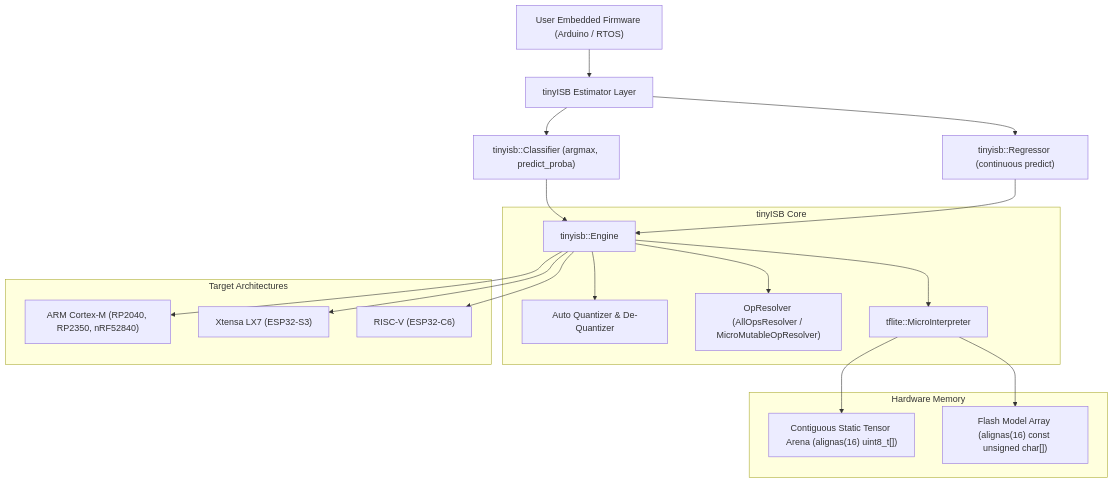
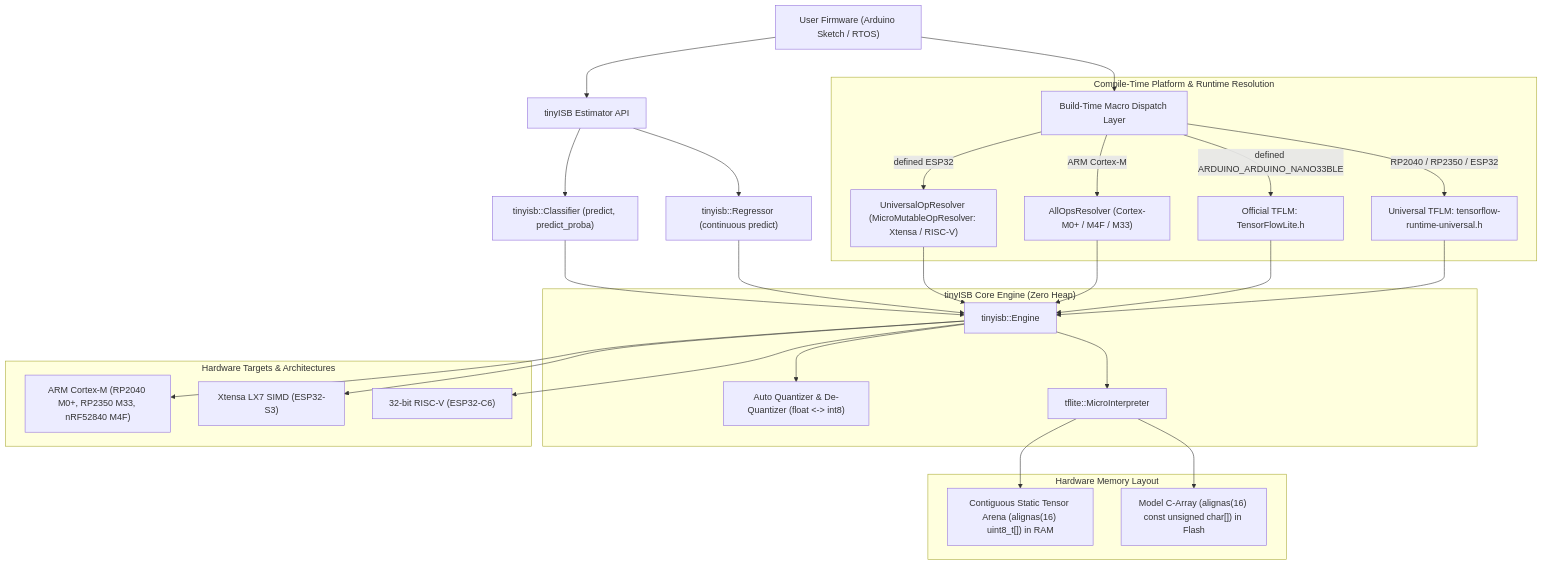
Before and after one commit to MSMRo/tinyISB: the first of 6 diagrams in README.md, drawn with Mermaid. The commit also changed other lines of this file, not shown here.

Commit message:
docs: add compiler macro dispatch guide, target specification matrix, and updated Mermaid diagrams

````diff
--- a/README.md
+++ b/README.md
@@ -47,28 +47,37 @@
 ```mermaid
-graph TD
-    App["User Embedded Firmware (Arduino / RTOS)"] --> Estimator["tinyISB Estimator Layer"]
-    Estimator --> Classifier["tinyisb::Classifier (argmax, predict_proba)"]
+flowchart TD
+    Firmware["User Firmware (Arduino Sketch / RTOS)"] --> Preprocessor["Build-Time Macro Dispatch Layer"]
+
+    subgraph DISPATCH["Compile-Time Platform & Runtime Resolution"]
+        Preprocessor -->|defined ARDUINO_ARDUINO_NANO33BLE| TFLM_Official["Official TFLM: TensorFlowLite.h"]
+        Preprocessor -->|RP2040 / RP2350 / ESP32| TFLM_Universal["Universal TFLM: tensorflow-runtime-universal.h"]
+        Preprocessor -->|defined ESP32| ESP_Resolver["UniversalOpResolver (MicroMutableOpResolver: Xtensa / RISC-V)"]
+        Preprocessor -->|ARM Cortex-M| ARM_Resolver["AllOpsResolver (Cortex-M0+ / M4F / M33)"]
+    end
+
+    Firmware --> Estimator["tinyISB Estimator API"]
+    Estimator --> Classifier["tinyisb::Classifier (predict, predict_proba)"]
     Estimator --> Regressor["tinyisb::Regressor (continuous predict)"]
-    Classifier --> Engine["tinyisb::Engine"]
-    Regressor --> Engine
+    Classifier & Regressor --> Engine["tinyisb::Engine"]
     
-    subgraph tinyISB Core
-        Engine --> Quant["Auto Quantizer & De-Quantizer"]
-        Engine --> Resolver["OpResolver (AllOpsResolver / MicroMutableOpResolver)"]
+    subgraph ENGINE_CORE["tinyISB Core Engine (Zero Heap)"]
+        Engine --> AutoQuant["Auto Quantizer & De-Quantizer (float <-> int8)"]
+        ESP_Resolver & ARM_Resolver --> Engine
+        TFLM_Official & TFLM_Universal --> Engine
         Engine --> Interpreter["tflite::MicroInterpreter"]
     end
     
-    subgraph Hardware Memory
-        Arena["Contiguous Static Tensor Arena (alignas(16) uint8_t[])"]
-        ModelData["Flash Model Array (alignas(16) const unsigned char[])"]
+    subgraph HARDWARE_MEM["Hardware Memory Layout"]
+        Arena["Contiguous Static Tensor Arena (alignas(16) uint8_t[]) in RAM"]
+        ModelData["Model C-Array (alignas(16) const unsigned char[]) in Flash"]
     end
     
     Interpreter --> Arena
     Interpreter --> ModelData
     
-    subgraph Target Architectures
-        Engine --> ARM["ARM Cortex-M (RP2040, RP2350, nRF52840)"]
-        Engine --> Xtensa["Xtensa LX7 (ESP32-S3)"]
-        Engine --> RISCV["RISC-V (ESP32-C6)"]
+    subgraph TARGET_CORES["Hardware Targets & Architectures"]
+        Engine --> ARM["ARM Cortex-M (RP2040 M0+, RP2350 M33, nRF52840 M4F)"]
+        Engine --> Xtensa["Xtensa LX7 SIMD (ESP32-S3)"]
+        Engine --> RISCV["32-bit RISC-V (ESP32-C6)"]
     end
 ```
````
